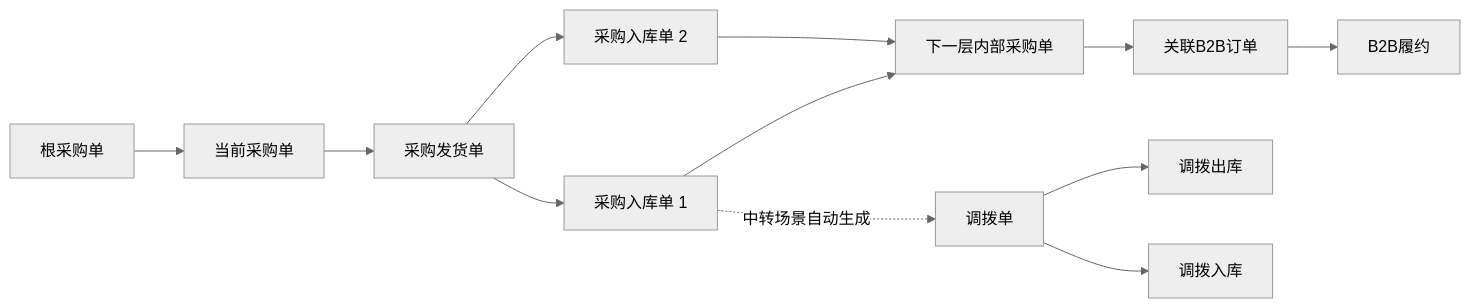
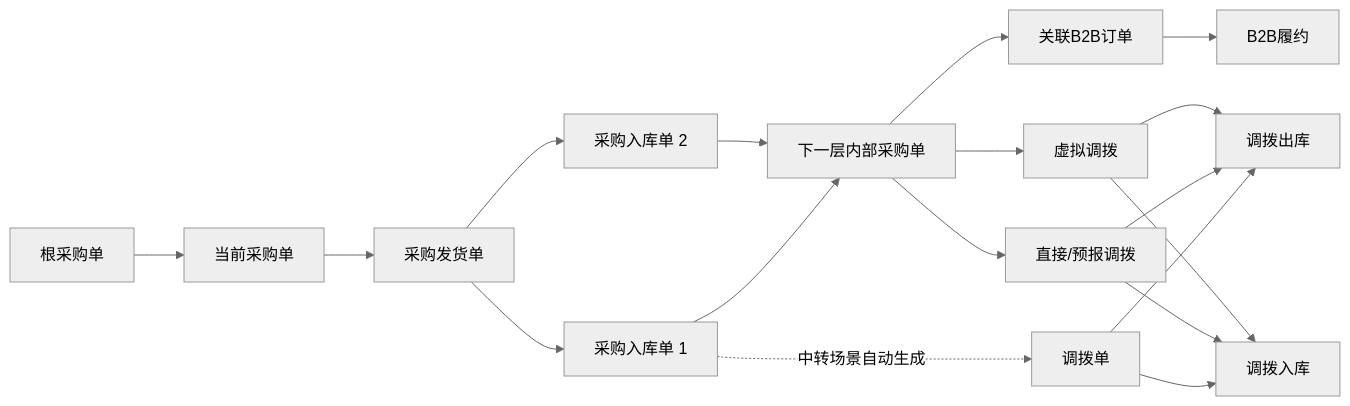
The first of 2 diagrams in docs/v0.28.7/tasks/0205/product-plan.md (arlo-hello/erp-ai-docs-arlo), drawn with Mermaid (neutral theme) before and after one commit. The commit also changed other lines of this file and 8 other files, not shown here.

````diff
--- a/docs/v0.28.7/tasks/0205/product-plan.md
+++ b/docs/v0.28.7/tasks/0205/product-plan.md
@@ -26,14 +26,20 @@
 ```mermaid
 flowchart LR
   RPO[根采购单] --> PO1[当前采购单]
   PO1 --> SH1[采购发货单]
   SH1 --> IN1[采购入库单 1]
   SH1 --> IN2[采购入库单 2]
   IN1 --> NPO[下一层内部采购单]
   IN2 --> NPO
   NPO --> B2B[关联B2B订单]
   B2B --> FUL[B2B履约]
   IN1 -.中转场景自动生成.-> TR[调拨单]
+  NPO --> DTR[直接/预报调拨]
+  NPO --> VTR[虚拟调拨]
   TR --> TRO[调拨出库]
   TR --> TRI[调拨入库]
+  DTR --> TRO
+  DTR --> TRI
+  VTR --> TRO
+  VTR --> TRI
 ```
````
